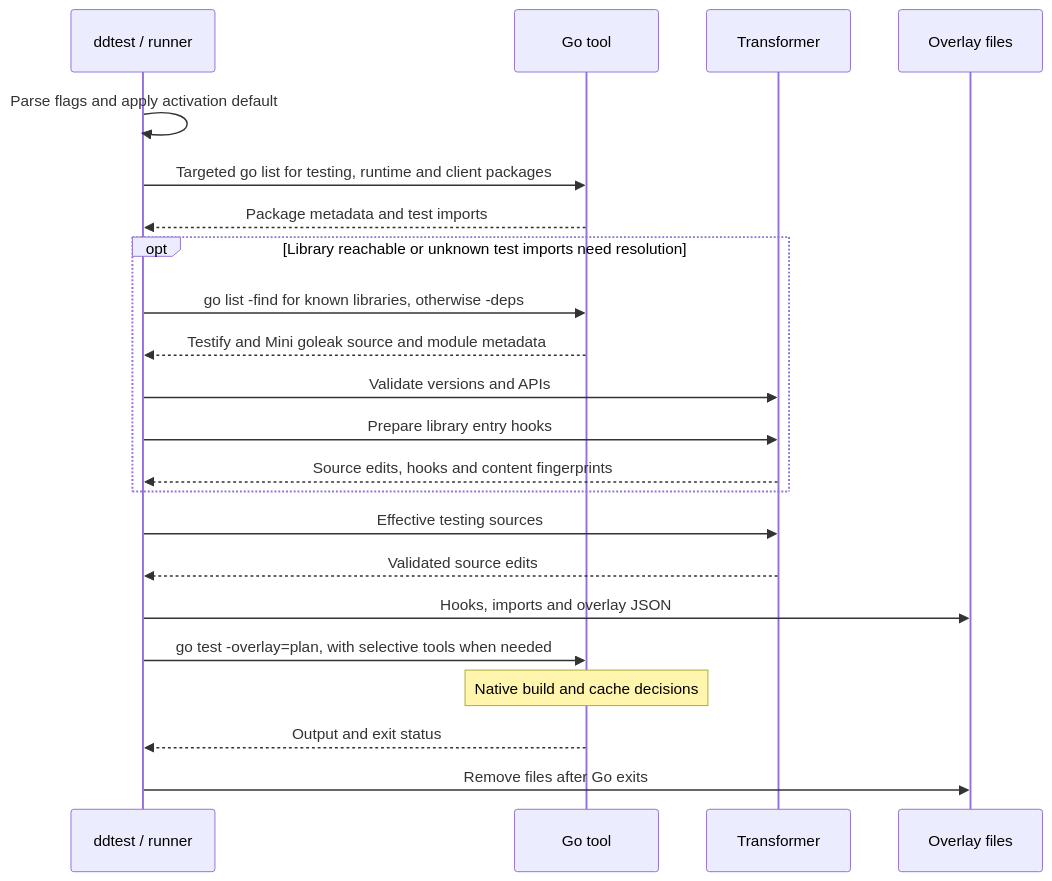
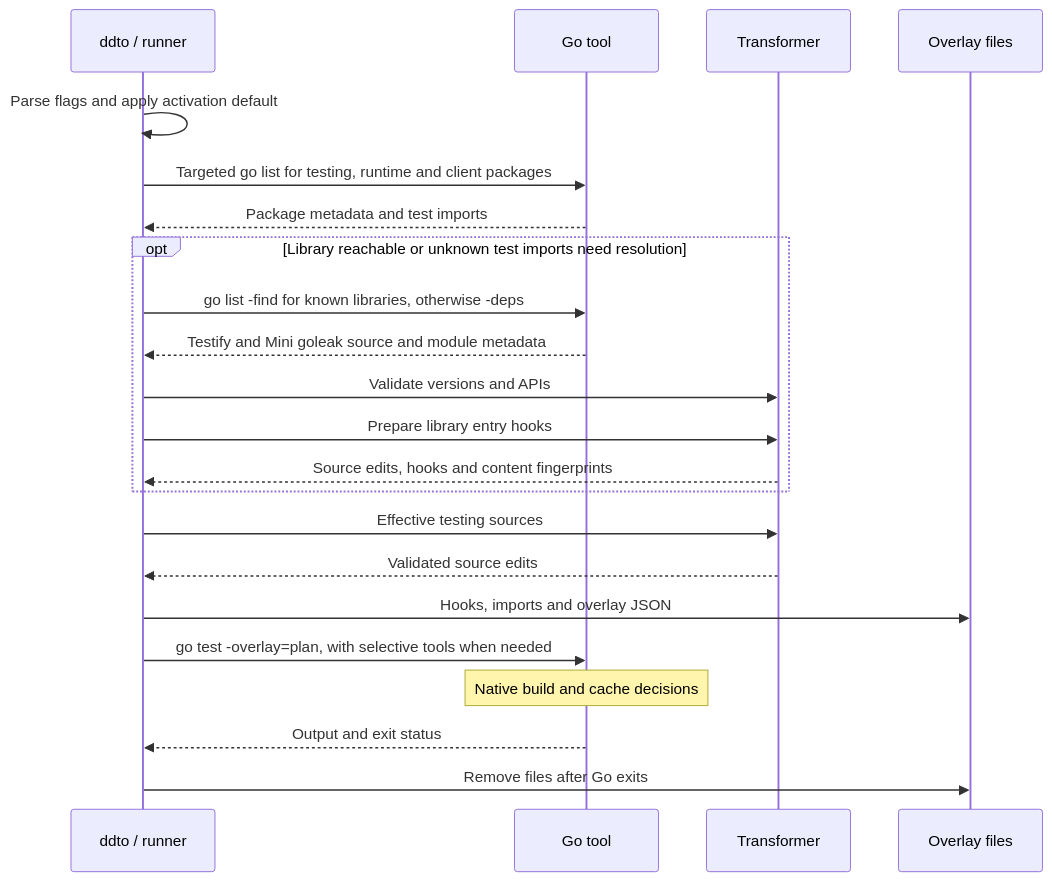
Before and after one commit to DataDog/ddtest: the second of 6 diagrams in ddto/docs/architecture.md, drawn with Mermaid. The commit also changed other lines of this file and 76 other files, not shown here.

First line of the commit message:
Rename the CLI from ddtest to ddto (tonyredondo/dd-ci-testing-poc#23)

````diff
--- a/ddto/docs/architecture.md
+++ b/ddto/docs/architecture.md
@@ -62,24 +62,24 @@
 ```mermaid
 sequenceDiagram
-    participant CLI as ddtest / runner
+    participant CLI as ddto / runner
     participant Go as Go tool
     participant AST as Transformer
     participant Plan as Overlay files
     CLI->>CLI: Parse flags and apply activation default
     CLI->>Go: Targeted go list for testing, runtime and client packages
     Go-->>CLI: Package metadata and test imports
     opt Library reachable or unknown test imports need resolution
         CLI->>Go: go list -find for known libraries, otherwise -deps
         Go-->>CLI: Testify and Mini goleak source and module metadata
         CLI->>AST: Validate versions and APIs
         CLI->>AST: Prepare library entry hooks
         AST-->>CLI: Source edits, hooks and content fingerprints
     end
     CLI->>AST: Effective testing sources
     AST-->>CLI: Validated source edits
     CLI->>Plan: Hooks, imports and overlay JSON
     CLI->>Go: go test -overlay=plan, with selective tools when needed
     Note over Go: Native build and cache decisions
     Go-->>CLI: Output and exit status
     CLI->>Plan: Remove files after Go exits
 ```
````
